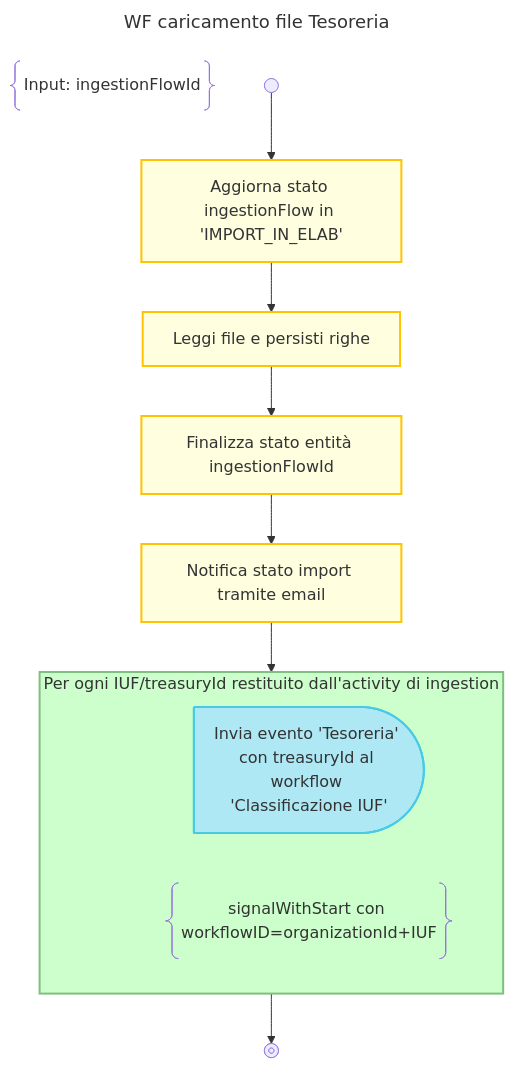
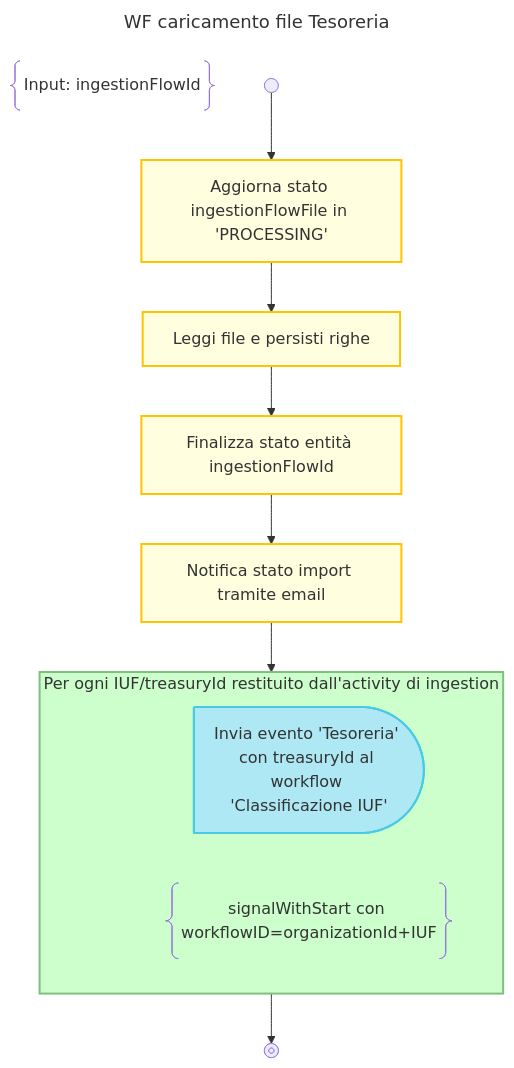
Before and after one commit to pagopa/p4pa-doc: the diagram in design/workflow/classificazioneIncassi/04.tesoreria-ingestion.mmd, drawn with Mermaid. The commit also changed 9 other files, not shown here.

Commit message:
ingestionFlowFile status updated on classificazione WF diagrams

```diff
--- a/design/workflow/classificazioneIncassi/04.tesoreria-ingestion.mmd
+++ b/design/workflow/classificazioneIncassi/04.tesoreria-ingestion.mmd
@@ -1,30 +1,30 @@
 ---
 title: WF caricamento file Tesoreria
 ---
 flowchart TD
     DESCRIPTION@{ shape: braces, label: "Input: ingestionFlowId" }
     START@{shape: start} -->
-    UPDATE_STATUS_INELAB:::activity@{label: "Aggiorna stato ingestionFlow in 'IMPORT_IN_ELAB'"} -->
+    UPDATE_STATUS_INELAB:::activity@{label: "Aggiorna stato ingestionFlowFile in 'PROCESSING'"} -->
     INGESTION:::activity@{label: "Leggi file e persisti righe"} -->
     UPDATE_STATUS_COMPLETE:::activity@{label: "Finalizza stato entità ingestionFlowId"} -->
     SEND_EMAIL:::activity@{label: "Notifica stato import tramite email"} -->
 
     LOOP
 
     subgraph LOOP["Per ogni IUF/treasuryId restituito dall'activity di ingestion"]
 
         %% dummy block added to have an empty line
         DUMMY:::disable-->SIGNAL
         linkStyle 5 display:none;
 
         SIGNAL:::send-signal@{shape: delay, label: "Invia evento 'Tesoreria' con treasuryId al workflow 'Classificazione IUF'"}
         NOTE@{ shape: braces, label: "signalWithStart con workflowID=organizationId+IUF" }
     end
 
     LOOP --> END@{shape: stop}
     class LOOP loop
 
     classDef disable display:none;
     classDef activity fill:#FFFFE0, stroke:#ffc300, stroke-width:2px;
     classDef loop fill:#CCFFCC, stroke:#7FBF7F, stroke-width:2px, padding-bottom: 5px;
     classDef send-signal fill:#ade8f4, stroke:#48cae4, stroke-width:2px
```
